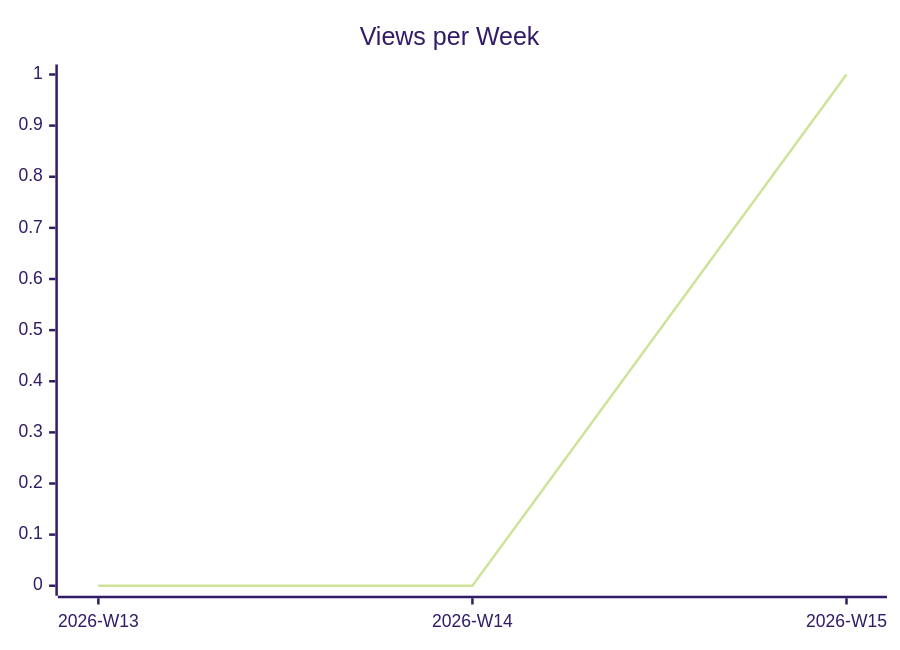
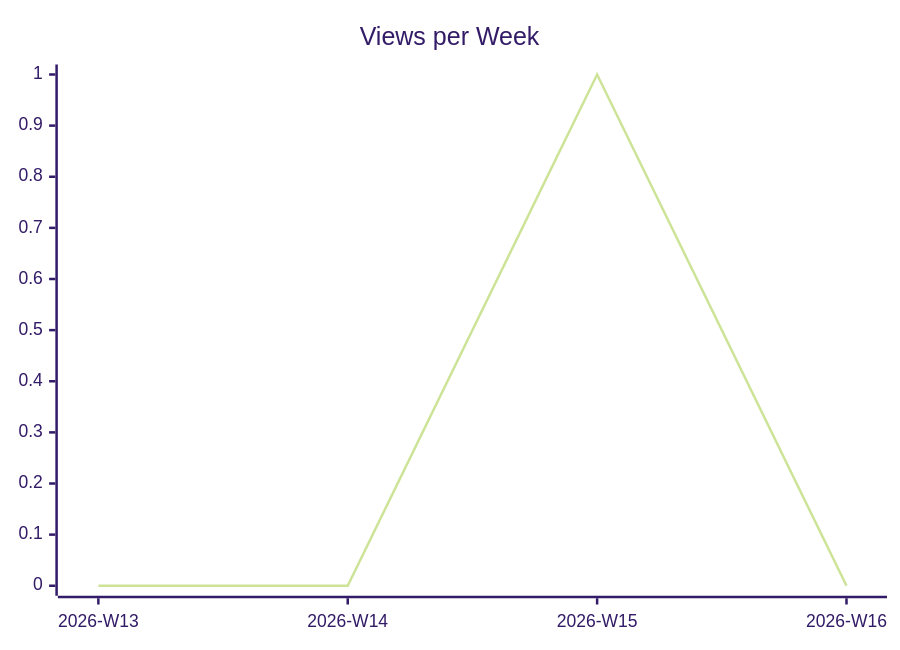
One commit to justdavis-family/github-analytics-data changed the second of 3 diagrams in karlmdavis/obsidian-operator/README.md. Above: the diagram before and after it, drawn with Mermaid (forest theme). The commit also changed other lines of this file and 173 other files, not shown here.

````diff
--- a/karlmdavis/obsidian-operator/README.md
+++ b/karlmdavis/obsidian-operator/README.md
@@ -12,6 +12,6 @@
 ```mermaid
 xychart-beta
   title "Views per Week"
-  x-axis ["2026-W13", "2026-W14", "2026-W15"]
-  line [0, 0, 1]
+  x-axis ["2026-W13", "2026-W14", "2026-W15", "2026-W16"]
+  line [0, 0, 1, 0]
 ```
````
